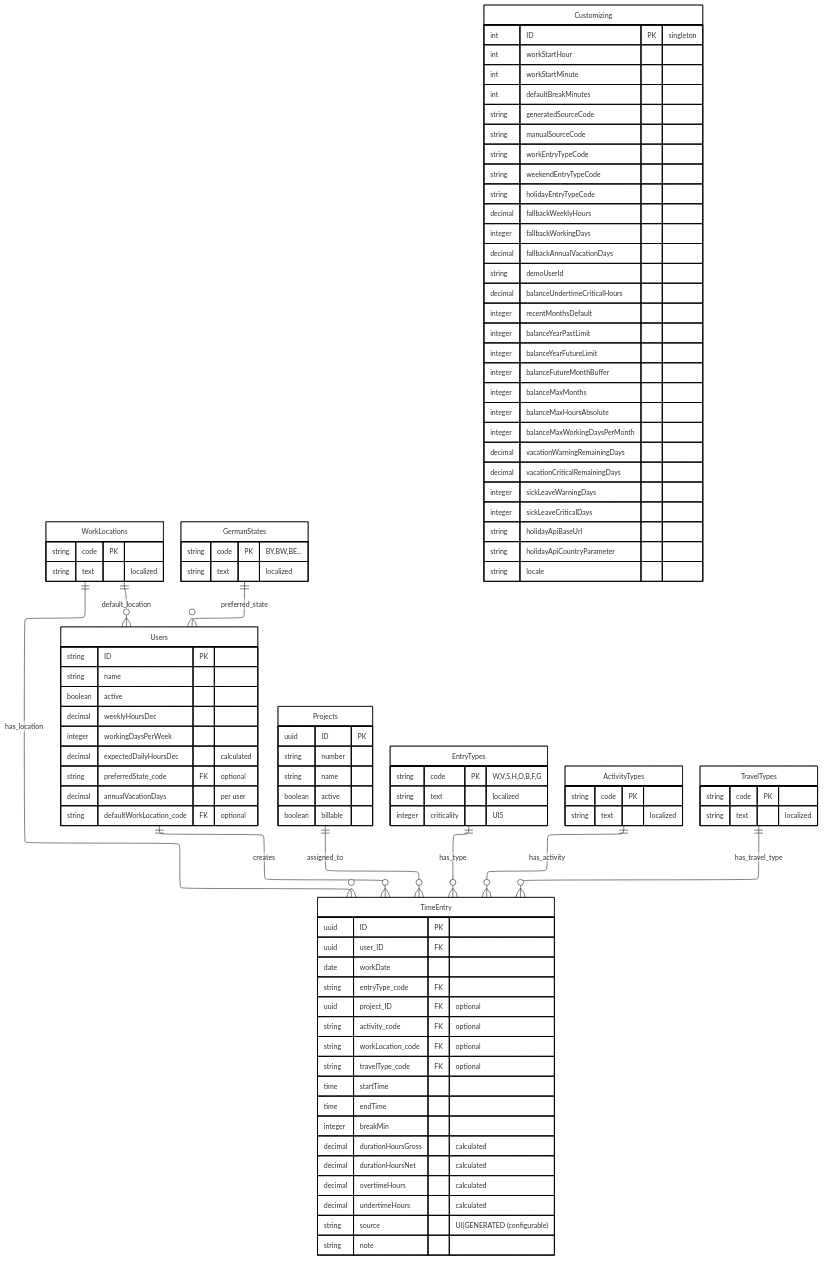
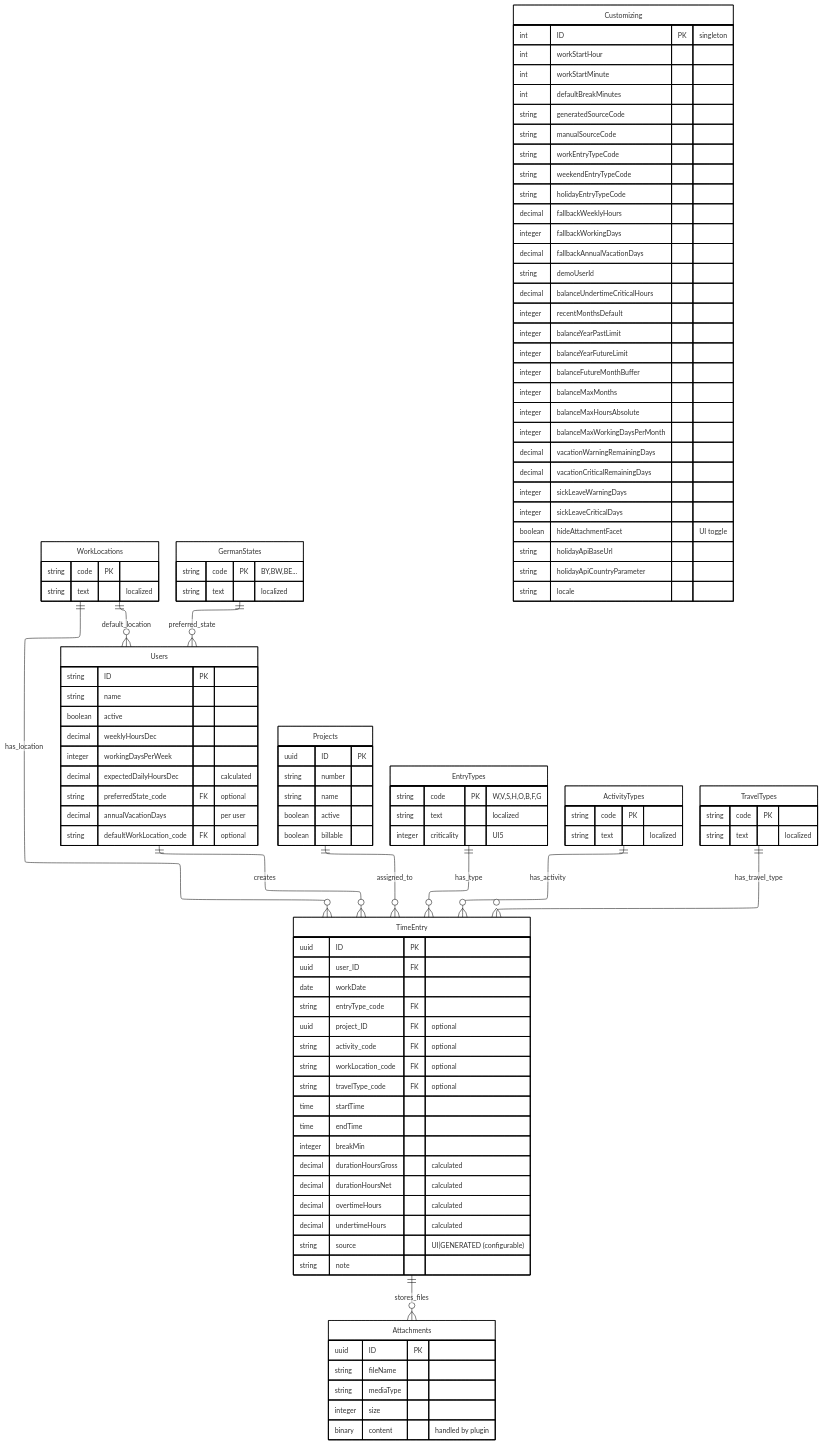
Before and after one commit to nimble-123/cap-fiori-timetracking: the fifth of 8 diagrams in docs/ARCHITECTURE.md, drawn with Mermaid. The commit also changed other lines of this file and 46 other files, not shown here.

```diff
--- a/docs/ARCHITECTURE.md
+++ b/docs/ARCHITECTURE.md
@@ -586,6 +588,7 @@
     TravelTypes ||--o{ TimeEntry : has_travel_type
     GermanStates ||--o{ Users : preferred_state
     WorkLocations ||--o{ Users : default_location
+    TimeEntry ||--o{ Attachments : stores_files
 
     Users {
         string ID PK
@@ -617,6 +620,14 @@
         decimal undertimeHours "calculated"
         string source "UI|GENERATED (configurable)"
         string note
+    }
+
+    Attachments {
+        uuid ID PK
+        string fileName
+        string mediaType
+        integer size
+        binary content "handled by plugin"
     }
 
     Projects {
@@ -679,6 +690,7 @@
         decimal vacationCriticalRemainingDays
         integer sickLeaveWarningDays
         integer sickLeaveCriticalDays
+        boolean hideAttachmentFacet "UI toggle"
         string holidayApiBaseUrl
         string holidayApiCountryParameter
         string locale
```
